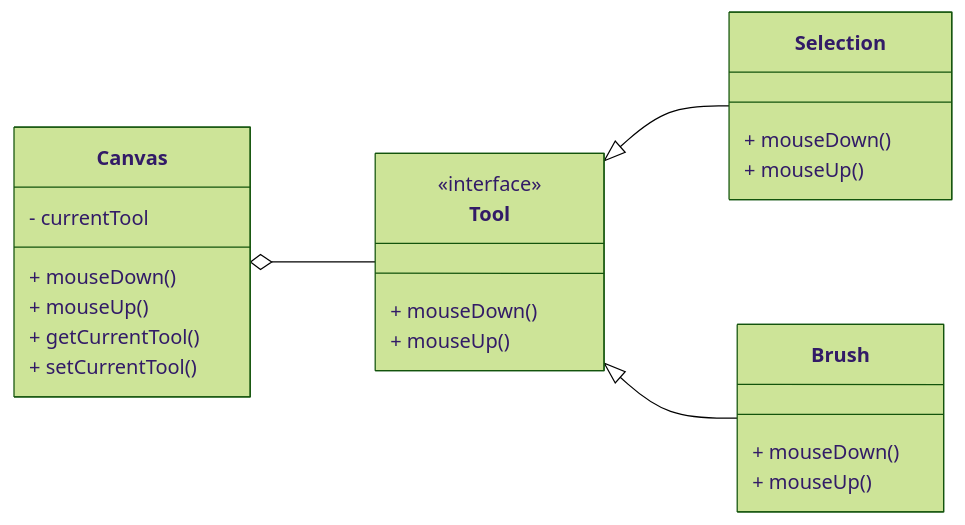
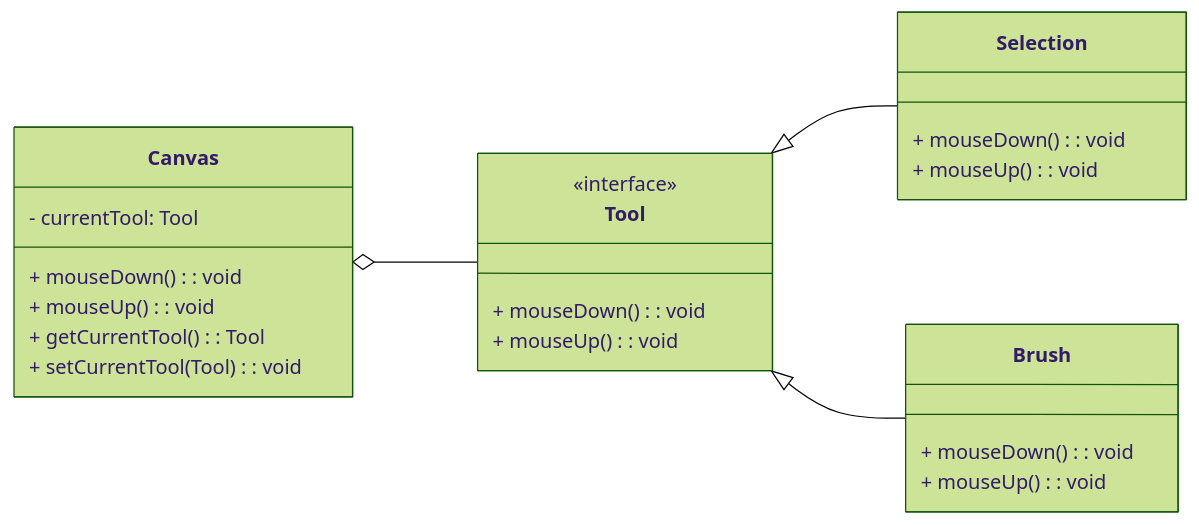
One commit to bidursapkota00/Design-Patterns changed the tenth of 15 diagrams in README.md. Above: the diagram before and after it, drawn with Mermaid (forest theme). The commit also changed other lines of this file, not shown here.

````diff
--- a/README.md
+++ b/README.md
@@ -670,31 +694,31 @@
 ```mermaid
 %%{init: { "flowchart": { "rankSpacing": 100, "nodeSpacing": 100 }}}%%
 classDiagram
 direction LR
 class Canvas {
-    - currentTool
-    + mouseDown()
-    + mouseUp()
-    + getCurrentTool()
-    + setCurrentTool()
+    - currentTool: Tool
+    + mouseDown(): void
+    + mouseUp(): void
+    + getCurrentTool(): Tool
+    + setCurrentTool(Tool): void
 }
 
 class Tool {
     <<interface>>
-    + mouseDown()
-    + mouseUp()
+    + mouseDown(): void
+    + mouseUp(): void
 }
 
 class Selection {
-    + mouseDown()
-    + mouseUp()
+    + mouseDown(): void
+    + mouseUp(): void
 }
 class Brush {
-    + mouseDown()
-    + mouseUp()
+    + mouseDown(): void
+    + mouseUp(): void
 }
 
 Canvas o--Tool
 Tool <|-- Selection
 Tool <|-- Brush
 ```
````
